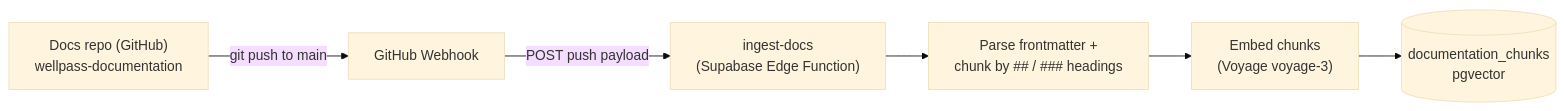
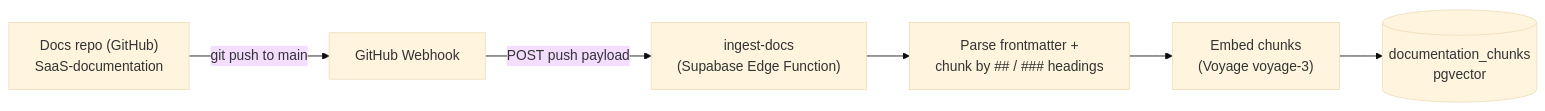
Before and after one commit to paulma13/wellpass-documentation: the second of 2 diagrams in README.md, drawn with Mermaid (base theme). The commit also changed other lines of this file, not shown here.

````diff
--- a/README.md
+++ b/README.md
@@ -56,8 +56,8 @@
 ```mermaid
 flowchart LR
-    A["Docs repo (GitHub)<br/>wellpass-documentation"] -->|git push to main| B[GitHub Webhook]
+    A["Docs repo (GitHub)<br/>SaaS-documentation"] -->|git push to main| B[GitHub Webhook]
     B -->|POST push payload| C["ingest-docs<br/>(Supabase Edge Function)"]
     C --> D["Parse frontmatter +<br/>chunk by ## / ### headings"]
     D --> E["Embed chunks<br/>(Voyage voyage-3)"]
     E --> F[(documentation_chunks<br/>pgvector)]
 ```
````
